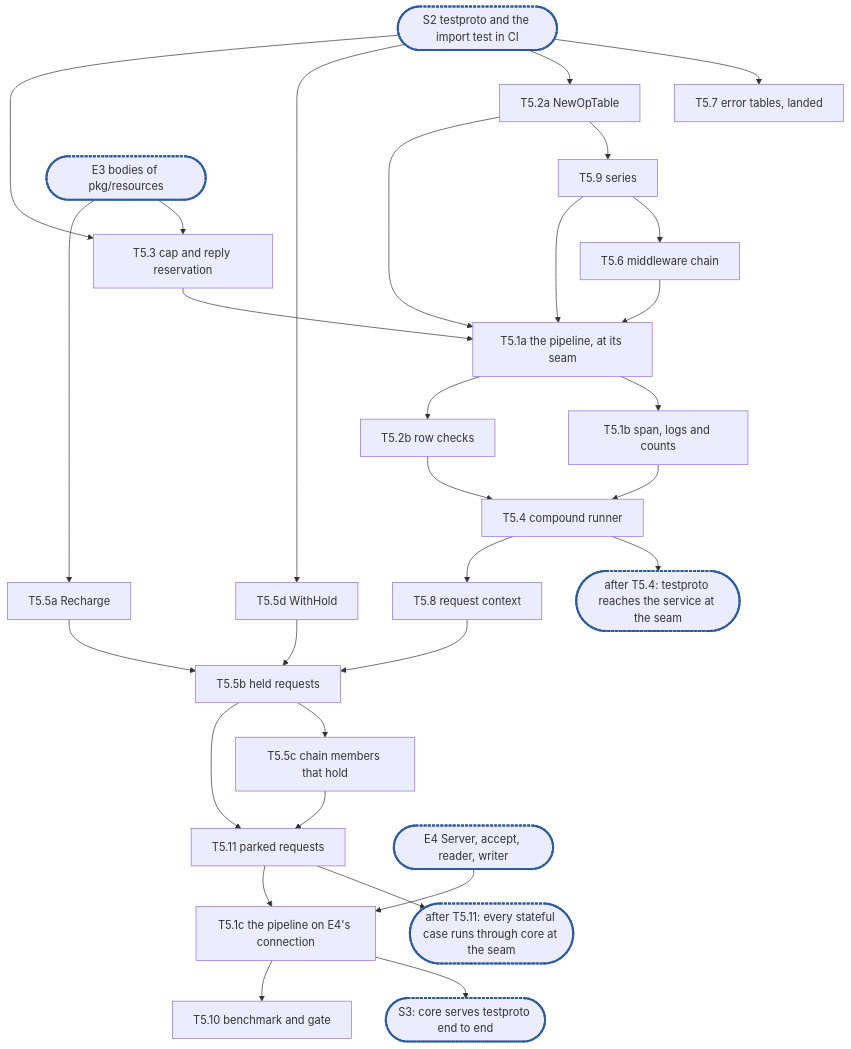
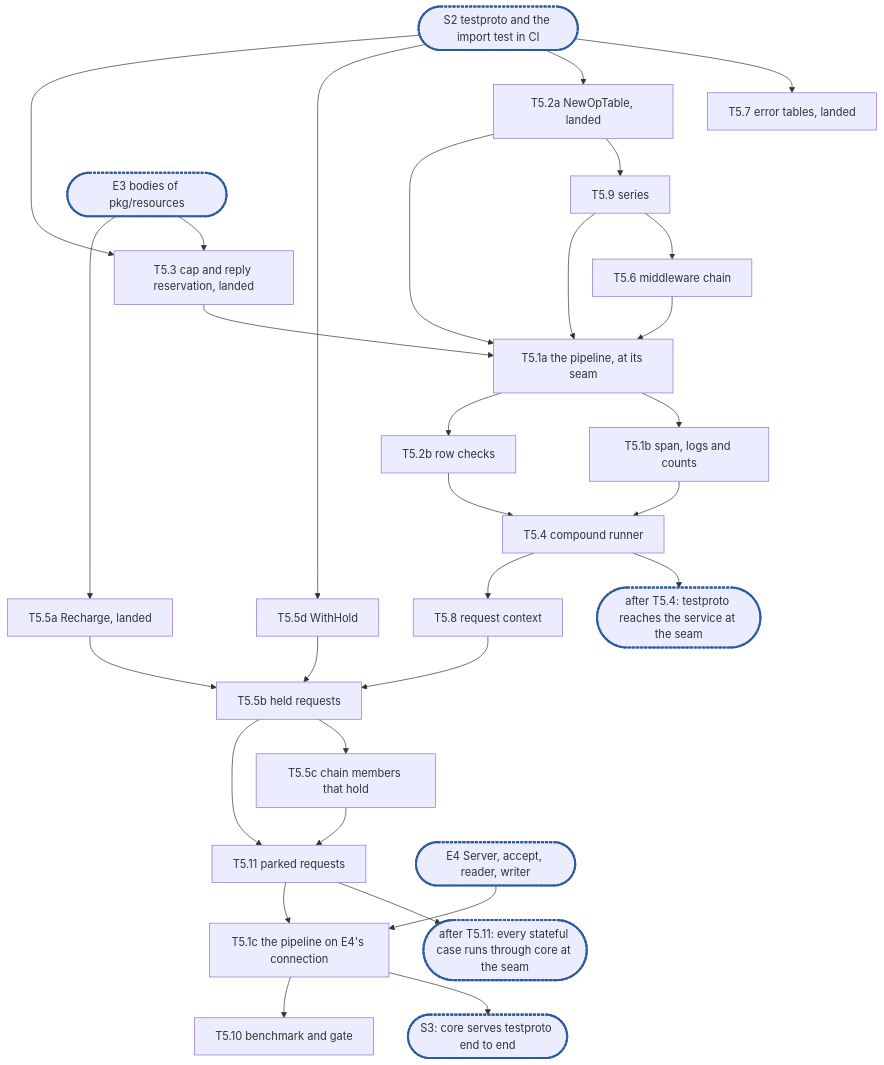
One commit to cubbit/dittofs changed the diagram in docs/internals/planning/rfc-20-adapters-epic5.md. Above: the diagram before and after it, drawn with Mermaid. The commit also changed other lines of this file, not shown here.

First line of the commit message:
docs(planning): epic 5 folds Simone's and rif's review: landed subtasks, Charge, the record split

````diff
--- a/docs/internals/planning/rfc-20-adapters-epic5.md
+++ b/docs/internals/planning/rfc-20-adapters-epic5.md
@@ -1950,33 +1995,33 @@
 ```mermaid
 flowchart TD
   S2(["S2 testproto and the import test in CI"]):::sync --> T5_7["T5.7 error tables, landed"]
-  S2 --> T5_2a["T5.2a NewOpTable"]
+  S2 --> T5_2a["T5.2a NewOpTable, landed"]
   T5_2a --> T5_9["T5.9 series"]
   T5_9 --> T5_6["T5.6 middleware chain"]
   S2 --> T5_5d["T5.5d WithHold"]
-  S2 --> T5_3["T5.3 cap and reply reservation"]
+  S2 --> T5_3["T5.3 cap and reply reservation, landed"]
   E3(["E3 bodies of pkg/resources"]):::sync --> T5_3
-  E3 --> T5_5a["T5.5a Recharge"]
+  E3 --> T5_5a["T5.5a Recharge, landed"]
   T5_2a --> T5_1a["T5.1a the pipeline, at its seam"]
   T5_9 --> T5_1a
   T5_6 --> T5_1a
   T5_3 --> T5_1a
   T5_1a --> T5_1b["T5.1b span, logs and counts"]
   T5_1a --> T5_2b["T5.2b row checks"]
   T5_1b --> T5_4["T5.4 compound runner"]
   T5_2b --> T5_4
   T5_4 --> C1(["after T5.4: testproto reaches the service at the seam"]):::sync
   T5_4 --> T5_8["T5.8 request context"]
   T5_5a --> T5_5b["T5.5b held requests"]
   T5_5d --> T5_5b
   T5_8 --> T5_5b
   T5_5b --> T5_5c["T5.5c chain members that hold"]
   T5_5b --> T5_11["T5.11 parked requests"]
   T5_5c --> T5_11
   T5_11 --> C2(["after T5.11: every stateful case runs through core at the seam"]):::sync
   E4(["E4 Server, accept, reader, writer"]):::sync --> T5_1c["T5.1c the pipeline on E4's connection"]
   T5_11 --> T5_1c
   T5_1c --> C3(["S3: core serves testproto end to end"]):::sync
   T5_1c --> T5_10["T5.10 benchmark and gate"]
   classDef sync stroke:#2c5aa0,stroke-width:3px,stroke-dasharray:4 2
 ```
````
